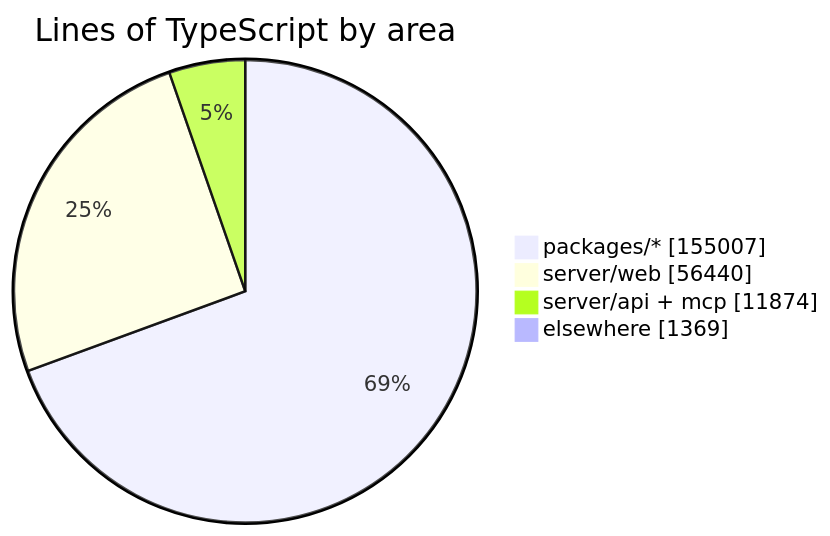
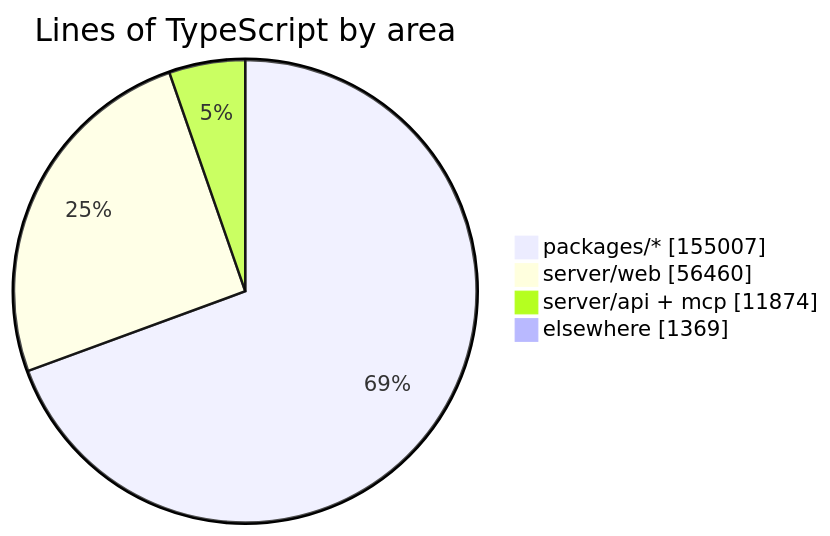
One commit to crossworks-engineering/mantle changed the diagram in README.md. Above: the diagram before and after it, drawn with Mermaid. The commit also changed other lines of this file and 2 other files, not shown here.

````diff
--- a/README.md
+++ b/README.md
@@ -279,7 +279,7 @@
 ```mermaid
 pie showData title Lines of TypeScript by area
     "packages/*" : 155007
-    "server/web" : 56440
+    "server/web" : 56460
     "server/api + mcp" : 11874
     "elsewhere" : 1369
 ```
````
